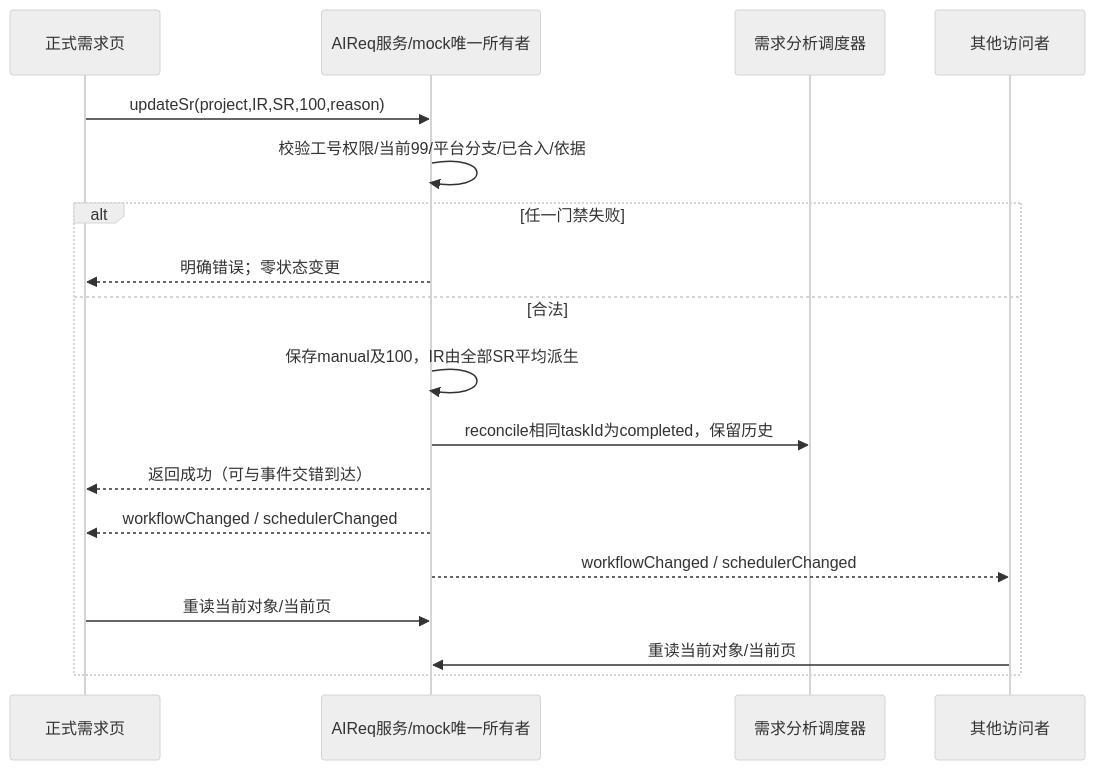
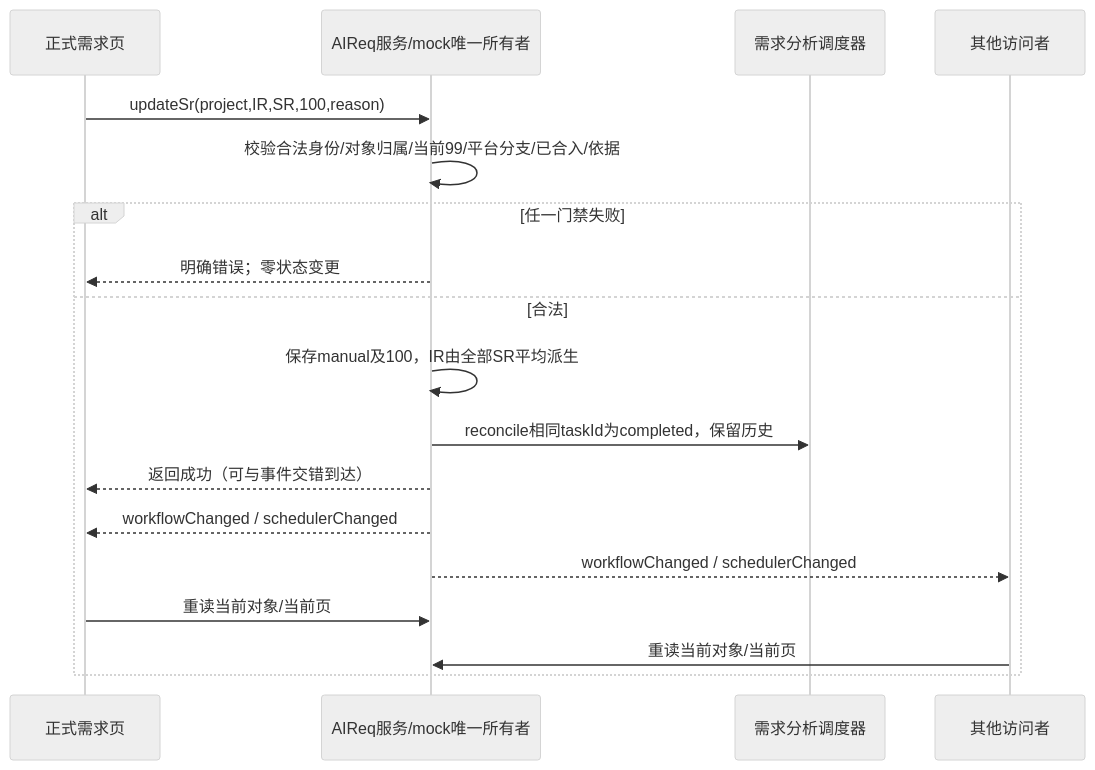
Before and after one commit to jchanghong023/ZCode: the fourth of 6 diagrams in docs/specs/aireq-migration/tracking.md, drawn with Mermaid (neutral theme). The commit also changed other lines of this file and 96 other files, not shown here.

````diff
--- a/docs/specs/aireq-migration/tracking.md
+++ b/docs/specs/aireq-migration/tracking.md
@@ -184,20 +290,20 @@
 ```mermaid
 sequenceDiagram
   participant P as 正式需求页
   participant S as AIReq服务/mock唯一所有者
   participant D as 需求分析调度器
   participant V as 其他访问者
   P->>S: updateSr(project,IR,SR,100,reason)
-  S->>S: 校验工号权限/当前99/平台分支/已合入/依据
+  S->>S: 校验合法身份/对象归属/当前99/平台分支/已合入/依据
   alt 任一门禁失败
     S-->>P: 明确错误；零状态变更
   else 合法
     S->>S: 保存manual及100，IR由全部SR平均派生
     S->>D: reconcile相同taskId为completed，保留历史
     S-->>P: 返回成功（可与事件交错到达）
     S-->>P: workflowChanged / schedulerChanged
     S-->>V: workflowChanged / schedulerChanged
     P->>S: 重读当前对象/当前页
     V->>S: 重读当前对象/当前页
   end
 ```
````
